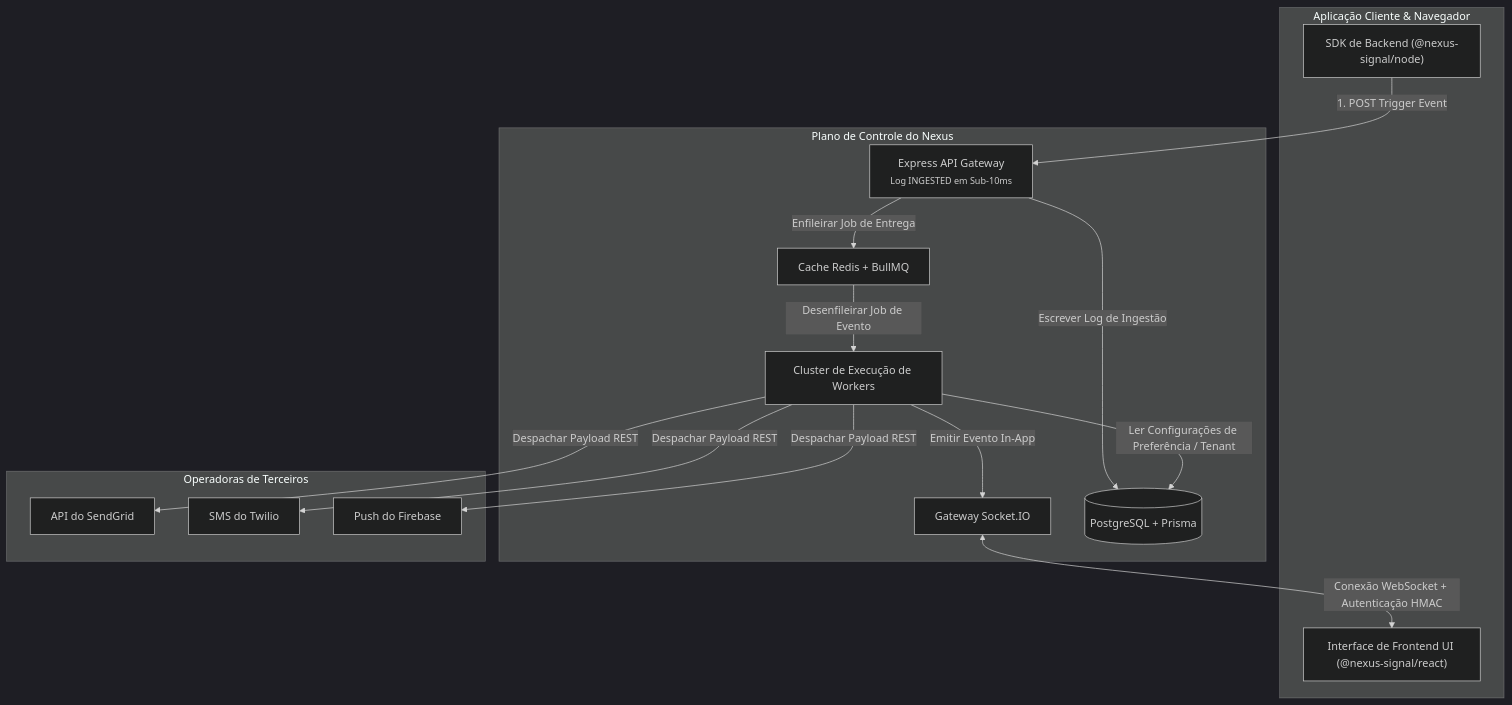
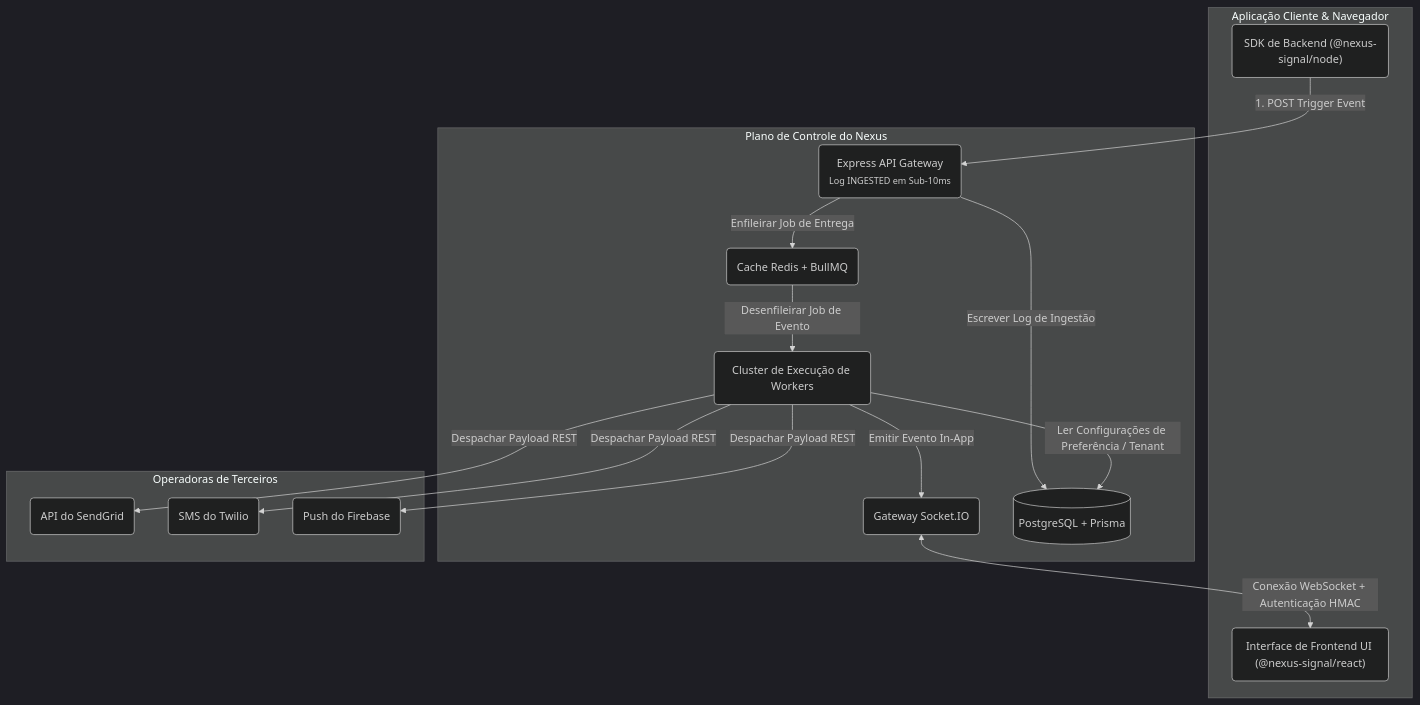
One commit to KriyanshKhunt/nexus_docs changed the diagram in content/docs/pt/platform/concepts/architecture.mdx. Above: the diagram before and after it, drawn with Mermaid (dark theme). The commit also changed 20 other files, not shown here.

Commit message:
Handle pt Mermaid charts

````diff
--- a/content/docs/pt/platform/concepts/architecture.mdx
+++ b/content/docs/pt/platform/concepts/architecture.mdx
@@ -14,30 +14,30 @@
 ```mermaid
 flowchart TB
   subgraph Client [Aplicação Cliente & Navegador]
-    SDK["SDK de Backend (@nexus-signal/node)"]
-    UI["Interface de Frontend UI (@nexus-signal/react)"]
+    SDK("SDK de Backend (@nexus-signal/node)")
+    UI("Interface de Frontend UI (@nexus-signal/react)")
   end
 
   subgraph Nexus [Plano de Controle do Nexus]
-    API["Express API Gateway<br/><small>Log INGESTED em Sub-10ms</small>"]
-    Q["Cache Redis + BullMQ"]
-    W["Cluster de Execução de Workers"]
-    WS["Gateway Socket.IO"]
+    API("Express API Gateway<br/><small>Log INGESTED em Sub-10ms</small>")
+    Q("Cache Redis + BullMQ")
+    W("Cluster de Execução de Workers")
+    WS("Gateway Socket.IO")
     DB[(PostgreSQL + Prisma)]
   end
 
   subgraph Providers [Operadoras de Terceiros]
-    SG[API do SendGrid]
-    TW[SMS do Twilio]
-    FCM[Push do Firebase]
+    SG(API do SendGrid)
+    TW(SMS do Twilio)
+    FCM(Push do Firebase)
   end
 
   SDK -->|1. POST Trigger Event| API
   API -->|Escrever Log de Ingestão| DB
   API -->|Enfileirar Job de Entrega| Q
   Q -->|Desenfileirar Job de Evento| W
   W -->|Ler Configurações de Preferência / Tenant| DB
   W -->|Despachar Payload REST| SG & TW & FCM
   W -->|Emitir Evento In-App| WS
   WS <-->|Conexão WebSocket + Autenticação HMAC| UI
 ```
````
